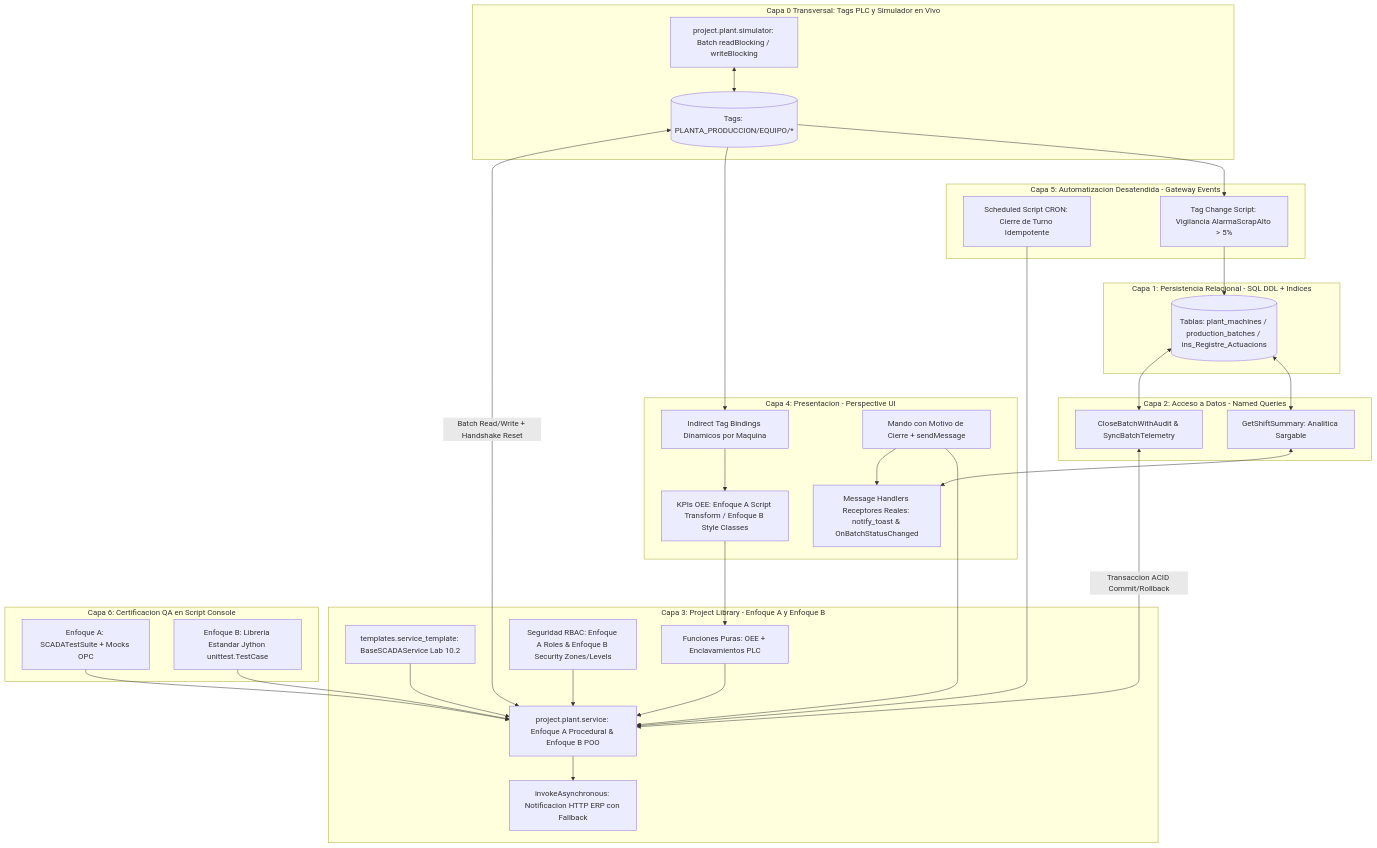
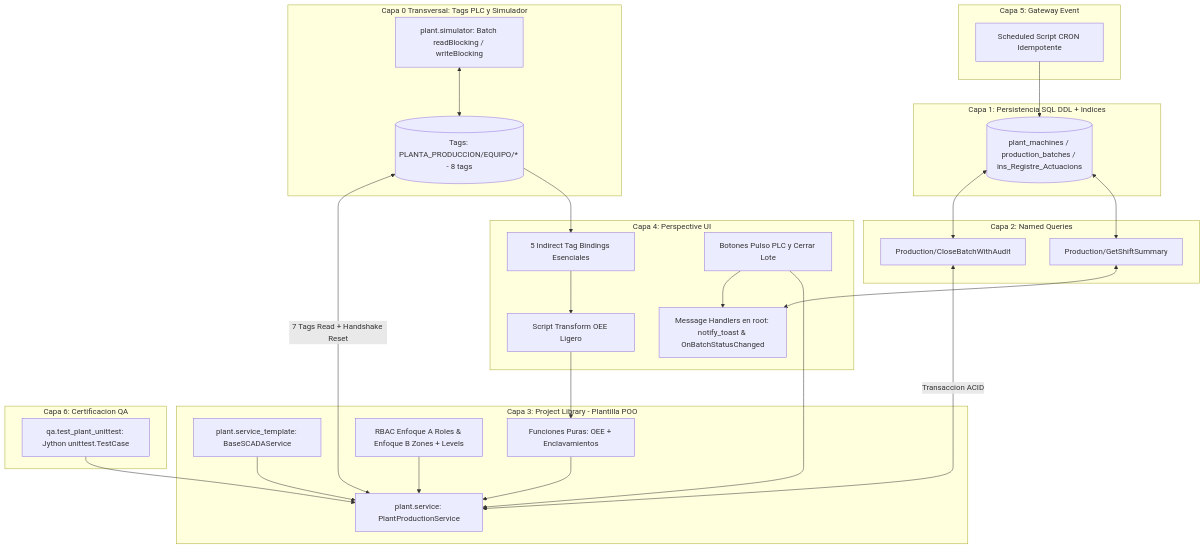
One commit to edumartinez99/jython-sql-ignition-scada changed the diagram in sesion-11.md. Above: the diagram before and after it, drawn with Mermaid. The commit also changed other lines of this file, not shown here.

````diff
--- a/sesion-11.md
+++ b/sesion-11.md
@@ -63,62 +52,55 @@
 ```mermaid
 flowchart TD
-    subgraph Capa0 [Capa 0 Transversal: Tags PLC y Simulador en Vivo]
-        Tags[(Tags: PLANTA_PRODUCCION/EQUIPO/*)]
-        Sim[project.plant.simulator: Batch readBlocking / writeBlocking]
+    subgraph Capa0 [Capa 0 Transversal: Tags PLC y Simulador]
+        Tags[(Tags: PLANTA_PRODUCCION/EQUIPO/* - 8 tags)]
+        Sim[plant.simulator: Batch readBlocking / writeBlocking]
         Sim <--> Tags
     end
 
-    subgraph Capa1 [Capa 1: Persistencia Relacional - SQL DDL + Indices]
-        DB[(Tablas: plant_machines / production_batches / ins_Registre_Actuacions)]
+    subgraph Capa1 [Capa 1: Persistencia SQL DDL + Indices]
+        DB[(plant_machines / production_batches / ins_Registre_Actuacions)]
     end
 
-    subgraph Capa2 [Capa 2: Acceso a Datos - Named Queries]
-        NQ_CRUD[CloseBatchWithAudit & SyncBatchTelemetry]
-        NQ_KPI[GetShiftSummary: Analitica Sargable]
+    subgraph Capa2 [Capa 2: Named Queries]
+        NQ_CRUD[Production/CloseBatchWithAudit]
+        NQ_KPI[Production/GetShiftSummary]
     end
 
-    subgraph Capa3 [Capa 3: Project Library - Enfoque A y Enfoque B]
-        Template[templates.service_template: BaseSCADAService Lab 10.2]
-        PureLogic[Funciones Puras: OEE + Enclavamientos PLC]
-        ServiceOrch[project.plant.service: Enfoque A Procedural & Enfoque B POO]
-        RBAC[Seguridad RBAC: Enfoque A Roles & Enfoque B Security Zones/Levels]
-        AsyncERP[invokeAsynchronous: Notificacion HTTP ERP con Fallback]
+    subgraph Capa3 [Capa 3: Project Library - Plantilla POO]
+        Template[plant.service_template: BaseSCADAService]
+        PureLogic[Funciones Puras: OEE + Enclavamientos]
+        ServiceOrch[plant.service: PlantProductionService]
+        RBAC[RBAC Enfoque A Roles & Enfoque B Zones + Levels]
         Template --> ServiceOrch
         PureLogic --> ServiceOrch
         RBAC --> ServiceOrch
-        ServiceOrch --> AsyncERP
     end
 
-    subgraph Capa4 [Capa 4: Presentacion - Perspective UI]
-        IndirectTags[Indirect Tag Bindings Dinamicos por Maquina]
-        UI_Transforms[KPIs OEE: Enfoque A Script Transform / Enfoque B Style Classes]
-        UI_Btn[Mando con Motivo de Cierre + sendMessage]
-        UI_Msg[Message Handlers Receptores Reales: notify_toast & OnBatchStatusChanged]
+    subgraph Capa4 [Capa 4: Perspective UI]
+        IndirectTags[5 Indirect Tag Bindings Esenciales]
+        UI_Transform[Script Transform OEE Ligero]
+        UI_Btn[Botones Pulso PLC y Cerrar Lote]
+        UI_Msg[Message Handlers en root: notify_toast & OnBatchStatusChanged]
         UI_Btn --> UI_Msg
     end
 
-    subgraph Capa5 [Capa 5: Automatizacion Desatendida - Gateway Events]
-        CronScript[Scheduled Script CRON: Cierre de Turno Idempotente]
-        TagChange[Tag Change Script: Vigilancia AlarmaScrapAlto > 5%]
+    subgraph Capa5 [Capa 5: Gateway Event]
+        CronScript[Scheduled Script CRON Idempotente]
     end
 
-    subgraph Capa6 [Capa 6: Certificacion QA en Script Console]
-        QA_A[Enfoque A: SCADATestSuite + Mocks OPC]
-        QA_B[Enfoque B: Libreria Estandar Jython unittest.TestCase]
+    subgraph Capa6 [Capa 6: Certificacion QA]
+        QA_Unit[qa.test_plant_unittest: Jython unittest.TestCase]
     end
 
-    Tags <-->|Batch Read/Write + Handshake Reset| ServiceOrch
+    Tags <-->|7 Tags Read + Handshake Reset| ServiceOrch
     Tags --> IndirectTags
-    Tags --> TagChange
-    TagChange --> DB
     DB <--> NQ_CRUD
     DB <--> NQ_KPI
-    NQ_CRUD <-->|Transaccion ACID Commit/Rollback| ServiceOrch
+    NQ_CRUD <-->|Transaccion ACID| ServiceOrch
     NQ_KPI <--> UI_Msg
-    CronScript --> ServiceOrch
-    IndirectTags --> UI_Transforms
-    UI_Transforms --> PureLogic
+    CronScript --> DB
+    IndirectTags --> UI_Transform
+    UI_Transform --> PureLogic
     UI_Btn --> ServiceOrch
-    QA_A --> ServiceOrch
-    QA_B --> ServiceOrch
+    QA_Unit --> ServiceOrch
 ```
````
